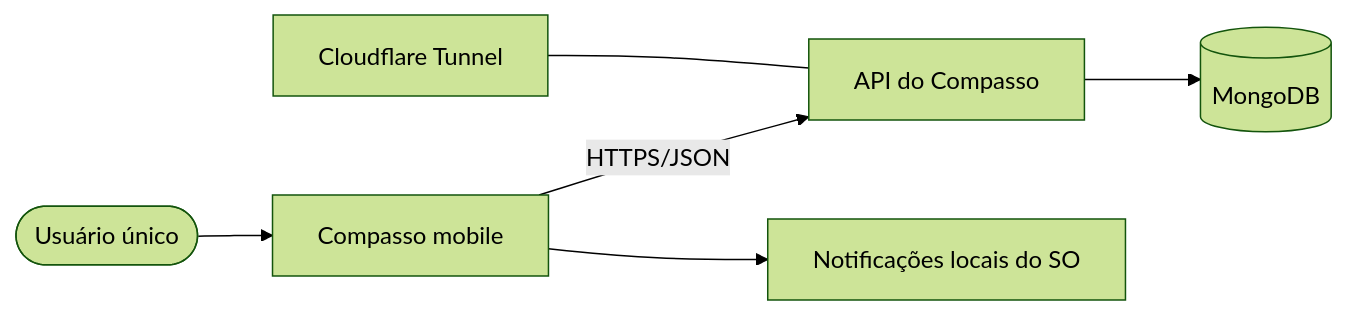
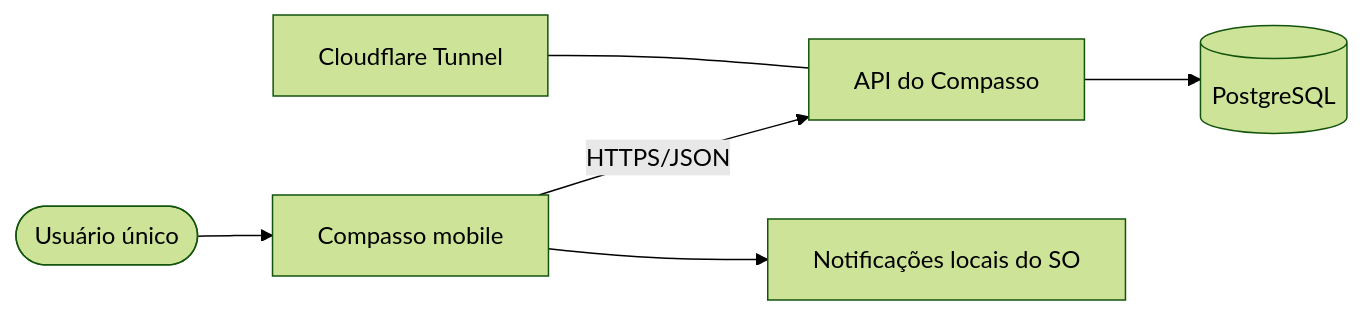
One commit to dioguit0s/compassoApp changed the second of 4 diagrams in docs/especificacao-tecnica-v1.md. Above: the diagram before and after it, drawn with Mermaid (forest theme). The commit also changed other lines of this file and 3 other files, not shown here.

Commit message:
docs: registrando decisao de alterar o DB de Mongo para Postgre

````diff
--- a/docs/especificacao-tecnica-v1.md
+++ b/docs/especificacao-tecnica-v1.md
@@ -455,8 +469,8 @@
 ```mermaid
 graph LR
     User([Usuário único]) --> App[Compasso mobile]
     App -->|HTTPS/JSON| API[API do Compasso]
     App --> Notif[Notificações locais do SO]
-    API --> DB[(MongoDB)]
+    API --> DB[(PostgreSQL)]
     Tunnel[Cloudflare Tunnel] --- API
 ```
````
